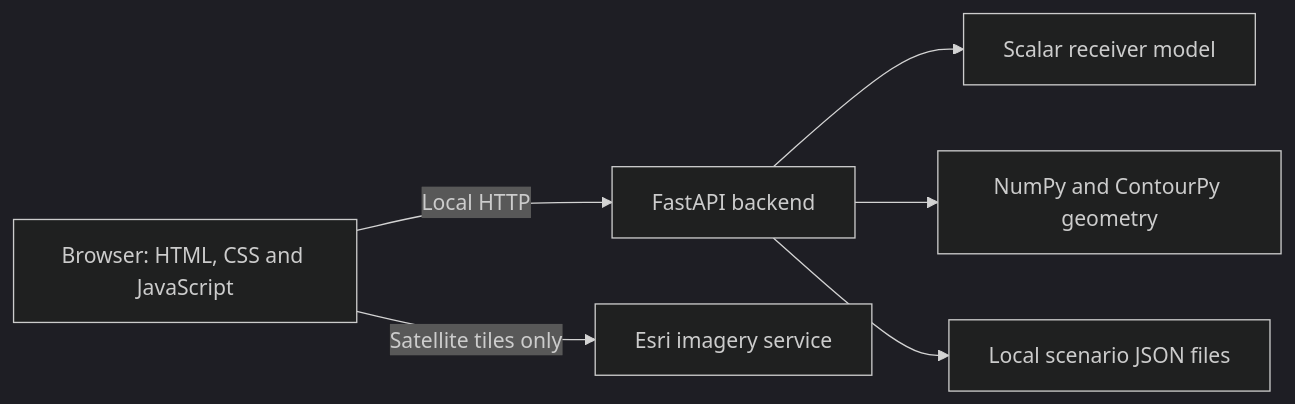
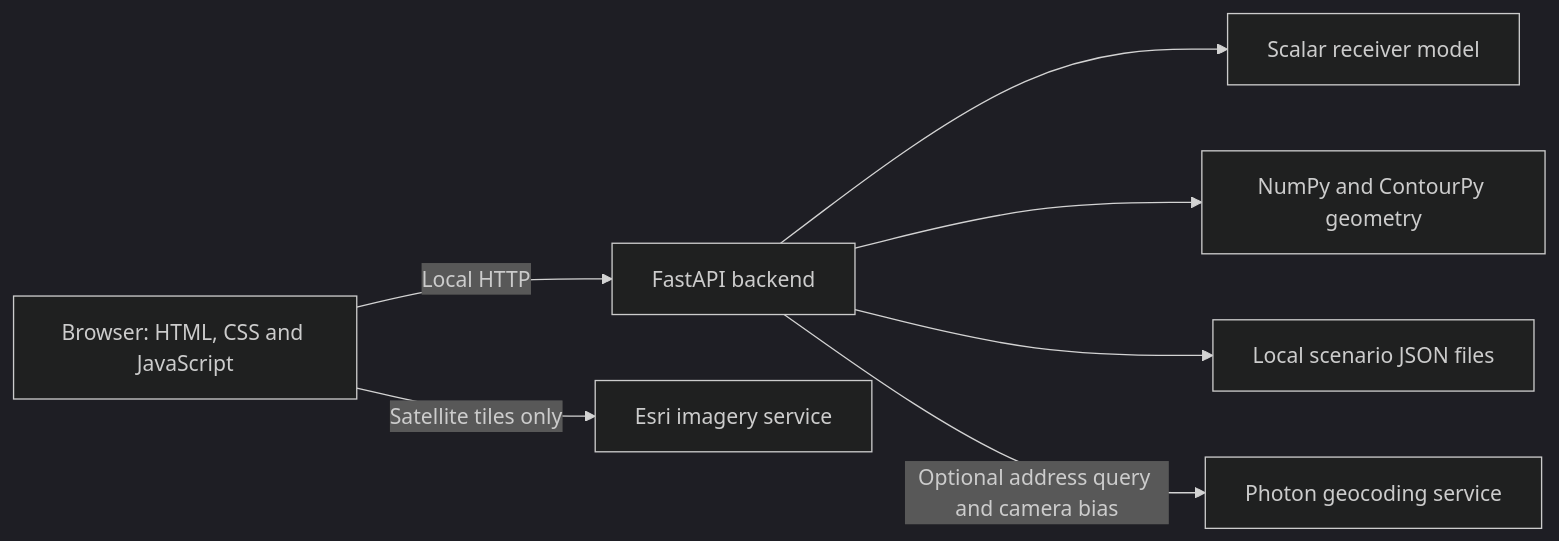
Before and after one commit to Jakespitteler/Sound-Model: the first of 4 diagrams in ARCHITECURE.md, drawn with Mermaid (dark theme). The commit also changed other lines of this file and 8 other files, not shown here.

````diff
--- a/ARCHITECURE.md
+++ b/ARCHITECURE.md
@@ -8,8 +8,9 @@
 ```mermaid
 flowchart LR
     Browser[Browser: HTML, CSS and JavaScript] -->|Local HTTP| API[FastAPI backend]
     API --> Physics[Scalar receiver model]
     API --> Contours[NumPy and ContourPy geometry]
     API --> Files[Local scenario JSON files]
+    API -->|Optional address query and camera bias| Photon[Photon geocoding service]
     Browser -->|Satellite tiles only| Imagery[Esri imagery service]
 ```
````
